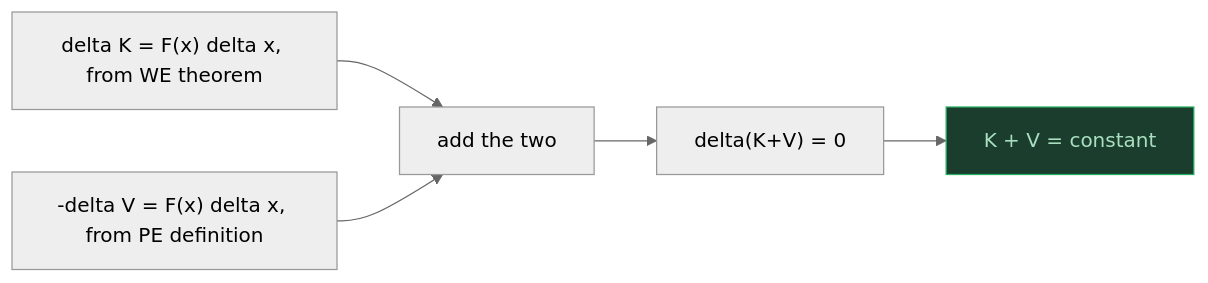
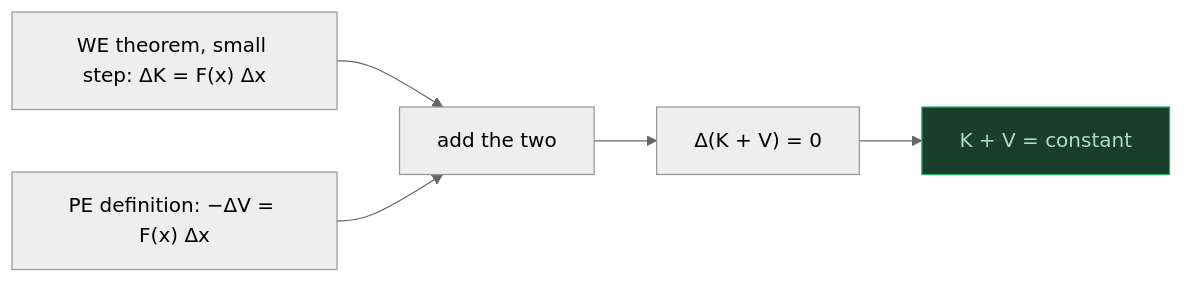
Before and after one commit to fsr-science/NCERT-Science: the sixth of 9 diagrams in AI-NOTES/PHYSICS/PHYSICS05-WORK_ENERGY_AND_POWER/PHYSICS05-WORK_ENERGY_AND_POWER-NOTES.md, drawn with Mermaid (neutral theme). The commit also changed other lines of this file, not shown here.

````diff
--- a/AI-NOTES/PHYSICS/PHYSICS05-WORK_ENERGY_AND_POWER/PHYSICS05-WORK_ENERGY_AND_POWER-NOTES.md
+++ b/AI-NOTES/PHYSICS/PHYSICS05-WORK_ENERGY_AND_POWER/PHYSICS05-WORK_ENERGY_AND_POWER-NOTES.md
@@ -244,9 +1247,9 @@
 ```mermaid
 flowchart LR
-    A["delta K = F(x) delta x, from WE theorem"] --> C["add the two"]
-    B["-delta V = F(x) delta x, from PE definition"] --> C
-    C --> D["delta(K+V) = 0"]
+    A["WE theorem, small step: ΔK = F(x) Δx"] --> C["add the two"]
+    B["PE definition: −ΔV = F(x) Δx"] --> C
+    C --> D["Δ(K + V) = 0"]
     D --> E["K + V = constant"]
 
     style E fill:#1a3d2e,color:#a9dfbf,stroke:#27ae60
 ```
````
